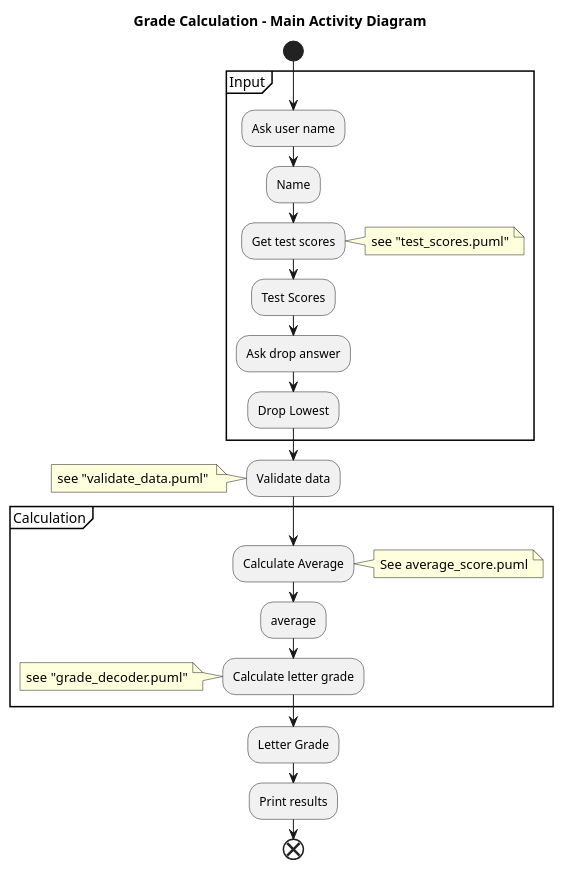
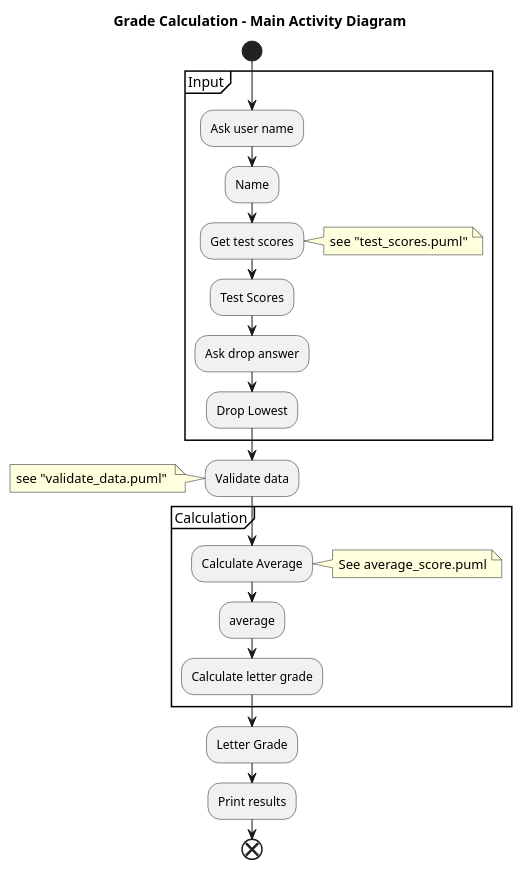
One commit to phmuminmason/multi-lang changed the diagram in grade_analyzer/Documentation/Diagrams/activity_diagrams/main.puml. Above: the diagram before and after it, drawn with PlantUML. The commit also changed 5 other files, not shown here.

```diff
--- a/grade_analyzer/Documentation/Diagrams/activity_diagrams/main.puml
+++ b/grade_analyzer/Documentation/Diagrams/activity_diagrams/main.puml
@@ -1,39 +1,38 @@
 @startuml
 title Grade Calculation - Main Activity Diagram
 
 start
 
 group Input {
 	:Ask user name;
 	:Name; <<object>> 
 	:Get test scores; 
 		note right 
 			see "test_scores.puml"
 		end note
 	:Test Scores; <<object>>
 
 	:Ask drop answer;
 	:Drop Lowest; <<object>>
 }
 
 
 :Validate data; 
 	note left
 		see "validate_data.puml" 
 	end note
 
 group Calculation {
 	:Calculate Average; 
 		note right: See average_score.puml
 
 	:average; <<object>>
 
-	:Calculate letter grade; 
-		note left: see "grade_decoder.puml"
+	:Calculate letter grade;
 }
 :Letter Grade; <<object>>
 
 :Print results;
 end
 
 @enduml
```
